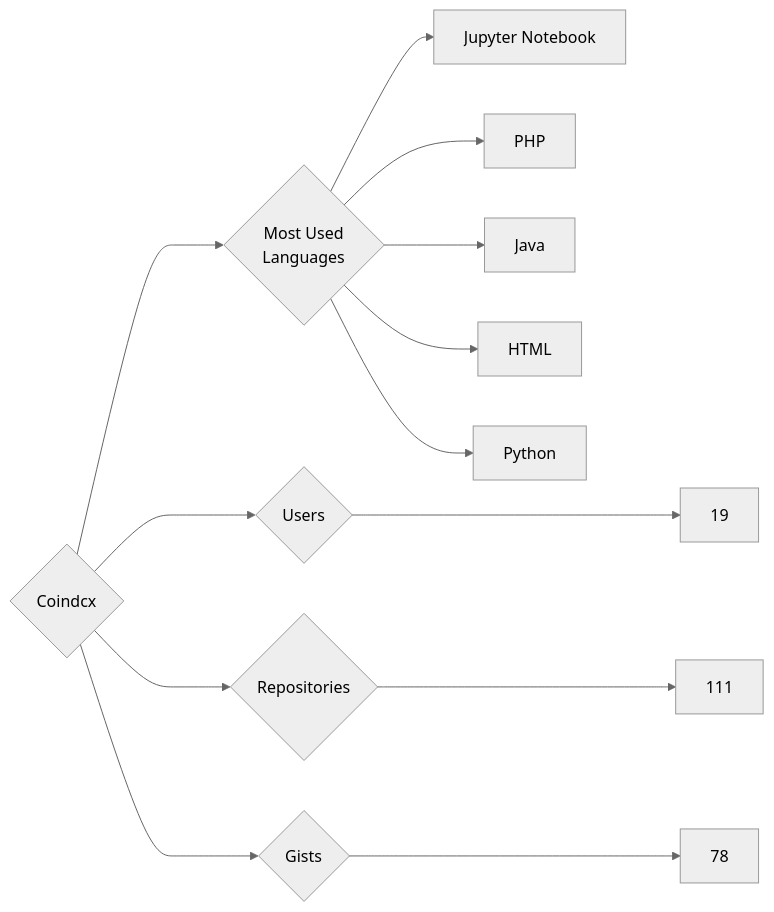
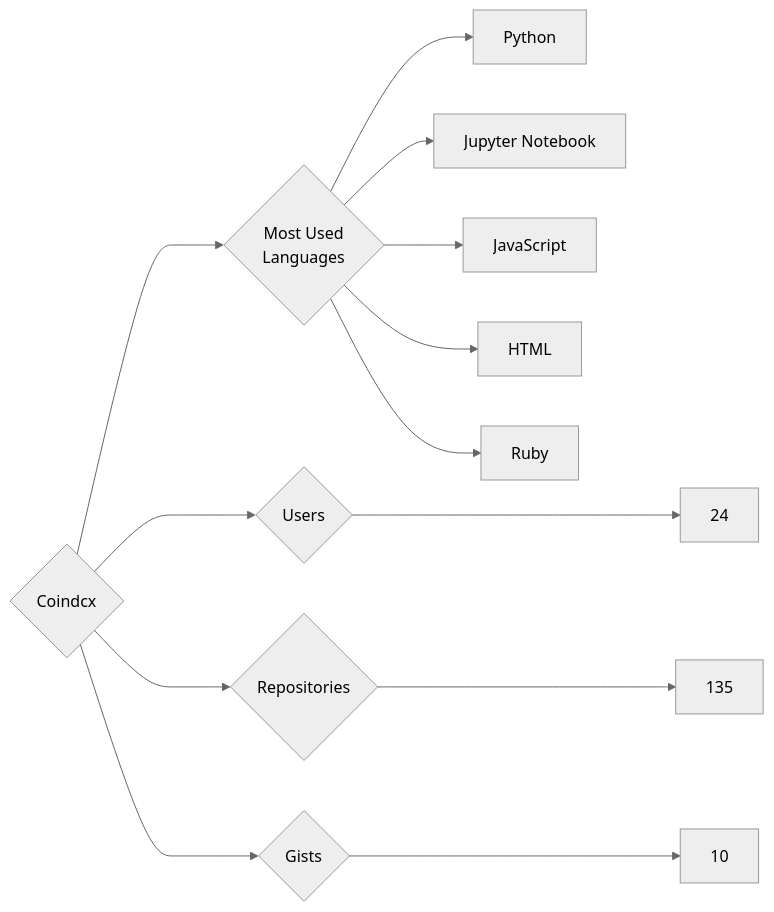
The diagram in targets/Coindcx/README.md (trickest/insiders), drawn with Mermaid (neutral theme) before and after one commit. The commit also changed 749 other files, not shown here.

````diff
--- a/targets/Coindcx/README.md
+++ b/targets/Coindcx/README.md
@@ -3,13 +3,13 @@
 ```mermaid
 graph LR
 COMPANY_NAME{Coindcx}
-COMPANY_NAME ---> U{Users} ---> UN[19]
-COMPANY_NAME ---> R{Repositories} ---> RN[111]
-COMPANY_NAME ---> G{Gists} ---> GN[78]
+COMPANY_NAME ---> U{Users} ---> UN[24]
+COMPANY_NAME ---> R{Repositories} ---> RN[135]
+COMPANY_NAME ---> G{Gists} ---> GN[10]
 COMPANY_NAME ---> ML{Most Used<br>Languages}
+ML --> Python[Python]
 ML --> Jupyter_Notebook[Jupyter Notebook]
-ML --> PHP[PHP]
-ML --> Java[Java]
+ML --> JavaScript[JavaScript]
 ML --> HTML[HTML]
-ML --> Python[Python]
+ML --> Ruby[Ruby]
 ```
````
